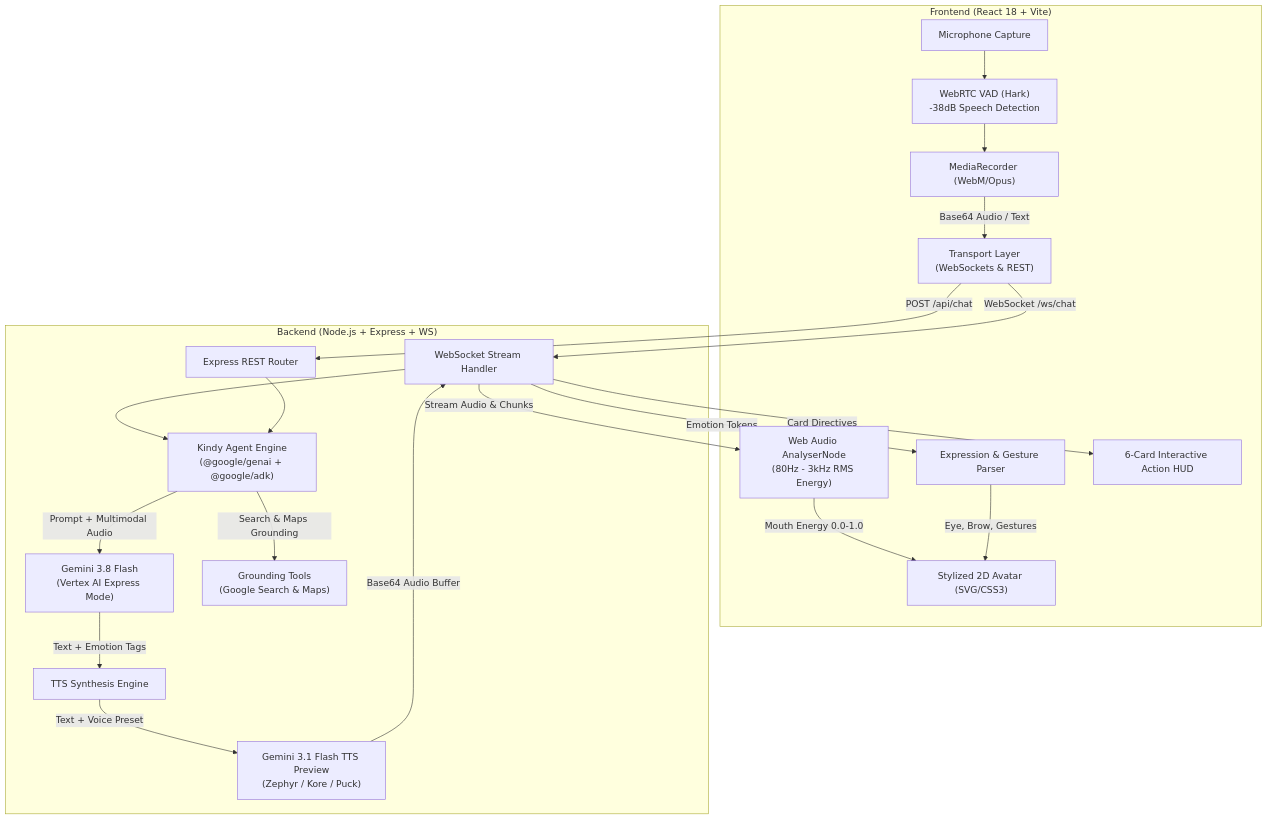
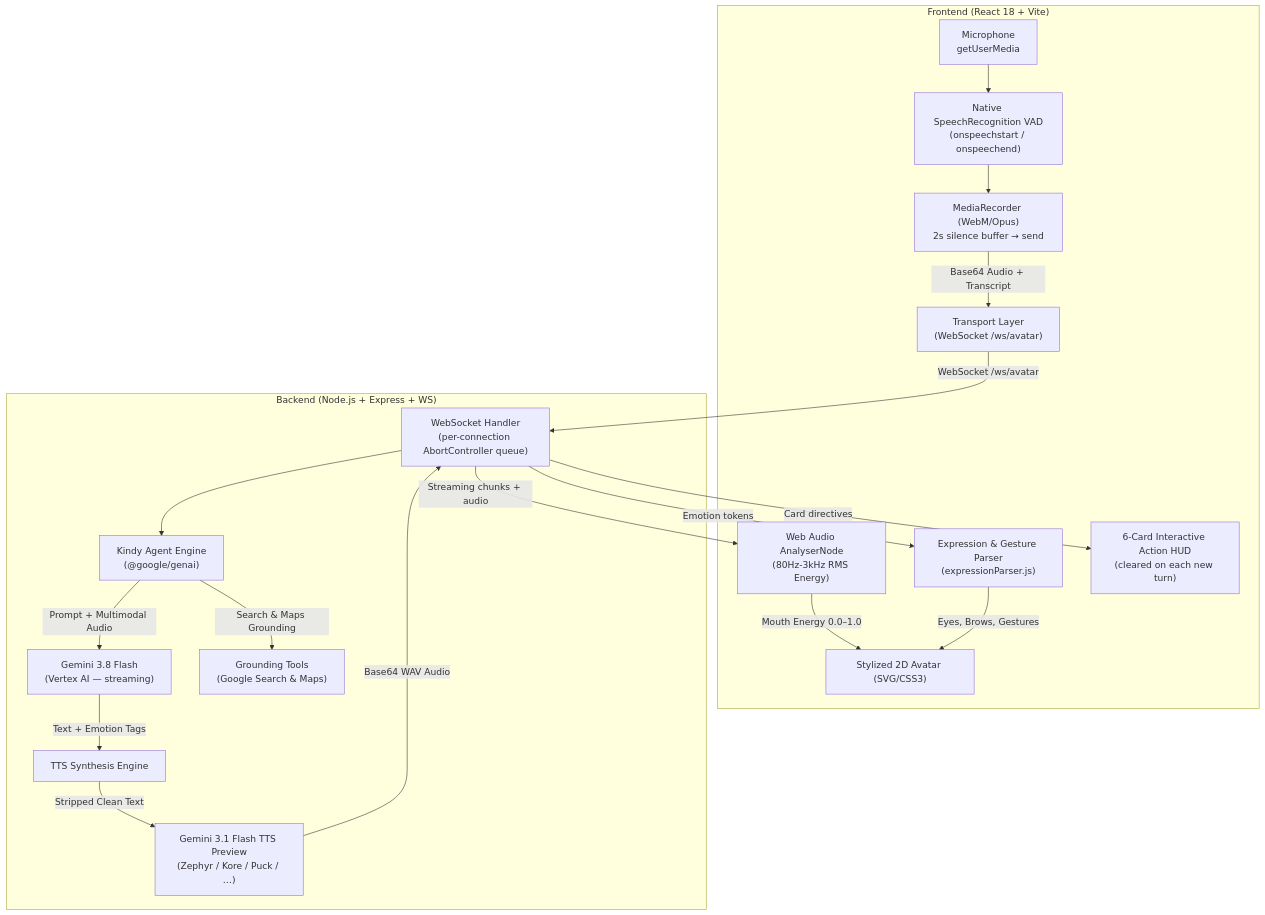
One commit to Niteesh57/Kindy changed the diagram in README.md. Above: the diagram before and after it, drawn with Mermaid. The commit also changed other lines of this file, not shown here.

Commit message:
docs: update README with refined project persona, architecture diagrams, and feature descriptions

````diff
--- a/README.md
+++ b/README.md
@@ -42,32 +41,29 @@
 ```mermaid
 flowchart TB
     subgraph Client ["Frontend (React 18 + Vite)"]
-        MIC["Microphone Capture"] --> VAD["WebRTC VAD (Hark)<br/>-38dB Speech Detection"]
-        VAD --> AUDIO_RECORD["MediaRecorder (WebM/Opus)"]
-        AUDIO_RECORD -->|Base64 Audio / Text| COMM["Transport Layer<br/>(WebSockets & REST)"]
-        
+        MIC["Microphone\ngetUserMedia"] --> SR["Native SpeechRecognition VAD\n(onspeechstart / onspeechend)"]
+        SR --> AUDIO_RECORD["MediaRecorder (WebM/Opus)\n2s silence buffer → send"]
+        AUDIO_RECORD -->|Base64 Audio + Transcript| COMM["Transport Layer\n(WebSocket /ws/avatar)"]
+
         AVATAR["Stylized 2D Avatar (SVG/CSS3)"]
-        LIPSYNC["Web Audio AnalyserNode<br/>(80Hz - 3kHz RMS Energy)"] -->|Mouth Energy 0.0-1.0| AVATAR
-        EMO_ENGINE["Expression & Gesture Parser"] -->|Eye, Brow, Gestures| AVATAR
-        CARDS_HUD["6-Card Interactive Action HUD"]
+        LIPSYNC["Web Audio AnalyserNode\n(80Hz-3kHz RMS Energy)"] -->|Mouth Energy 0.0–1.0| AVATAR
+        EMO_ENGINE["Expression & Gesture Parser\n(expressionParser.js)"] -->|Eyes, Brows, Gestures| AVATAR
+        CARDS_HUD["6-Card Interactive Action HUD\n(cleared on each new turn)"]
     end
 
     subgraph Server ["Backend (Node.js + Express + WS)"]
-        COMM -->|WebSocket /ws/chat| WS_SERVER["WebSocket Stream Handler"]
-        COMM -->|POST /api/chat| REST_SERVER["Express REST Router"]
-        
-        WS_SERVER --> AGENT["Kindy Agent Engine<br/>(@google/genai + @google/adk)"]
-        REST_SERVER --> AGENT
-        
-        AGENT -->|Prompt + Multimodal Audio| GEMINI_FLASH["Gemini 3.8 Flash<br/>(Vertex AI Express Mode)"]
-        AGENT -->|Search & Maps Grounding| TOOLS["Grounding Tools<br/>(Google Search & Maps)"]
-        
+        COMM -->|WebSocket /ws/avatar| WS_SERVER["WebSocket Handler\n(per-connection AbortController queue)"]
+
+        WS_SERVER --> AGENT["Kindy Agent Engine\n(@google/genai)"]
+        AGENT -->|Prompt + Multimodal Audio| GEMINI_FLASH["Gemini 3.8 Flash\n(Vertex AI — streaming)"]
+        AGENT -->|Search & Maps Grounding| TOOLS["Grounding Tools\n(Google Search & Maps)"]
+
         GEMINI_FLASH -->|Text + Emotion Tags| TTS_ENGINE["TTS Synthesis Engine"]
-        TTS_ENGINE -->|Text + Voice Preset| GEMINI_TTS["Gemini 3.1 Flash TTS Preview<br/>(Zephyr / Kore / Puck)"]
-        
-        GEMINI_TTS -->|Base64 Audio Buffer| WS_SERVER
-        WS_SERVER -->|Stream Audio & Chunks| LIPSYNC
-        WS_SERVER -->|Emotion Tokens| EMO_ENGINE
-        WS_SERVER -->|Card Directives| CARDS_HUD
+        TTS_ENGINE -->|Stripped Clean Text| GEMINI_TTS["Gemini 3.1 Flash TTS Preview\n(Zephyr / Kore / Puck / …)"]
+
+        GEMINI_TTS -->|Base64 WAV Audio| WS_SERVER
+        WS_SERVER -->|Streaming chunks + audio| LIPSYNC
+        WS_SERVER -->|Emotion tokens| EMO_ENGINE
+        WS_SERVER -->|Card directives| CARDS_HUD
     end
 ```
````
